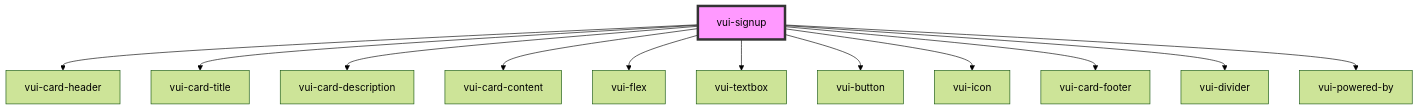
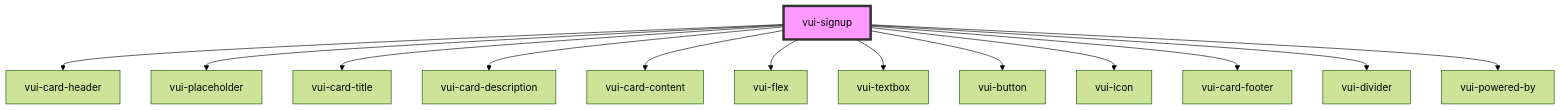
One commit to verite-team/verite-elements changed the diagram in packages/stencil-library/src/components/signup/readme.md. Above: the diagram before and after it, drawn with Mermaid (forest theme). The commit also changed other lines of this file and 25 other files, not shown here.

````diff
--- a/packages/stencil-library/src/components/signup/readme.md
+++ b/packages/stencil-library/src/components/signup/readme.md
@@ -47,15 +49,16 @@
 ```mermaid
 graph TD;
   vui-signup --> vui-card-header
+  vui-signup --> vui-placeholder
   vui-signup --> vui-card-title
   vui-signup --> vui-card-description
   vui-signup --> vui-card-content
   vui-signup --> vui-flex
   vui-signup --> vui-textbox
   vui-signup --> vui-button
   vui-signup --> vui-icon
   vui-signup --> vui-card-footer
   vui-signup --> vui-divider
   vui-signup --> vui-powered-by
   style vui-signup fill:#f9f,stroke:#333,stroke-width:4px
 ```
````
